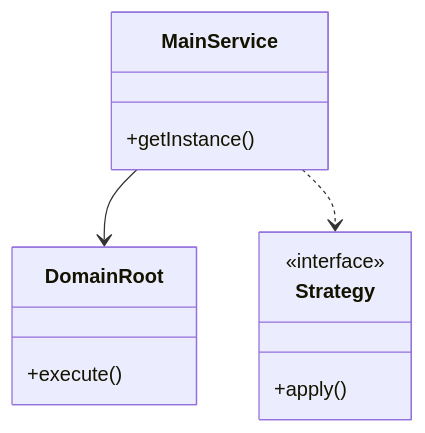
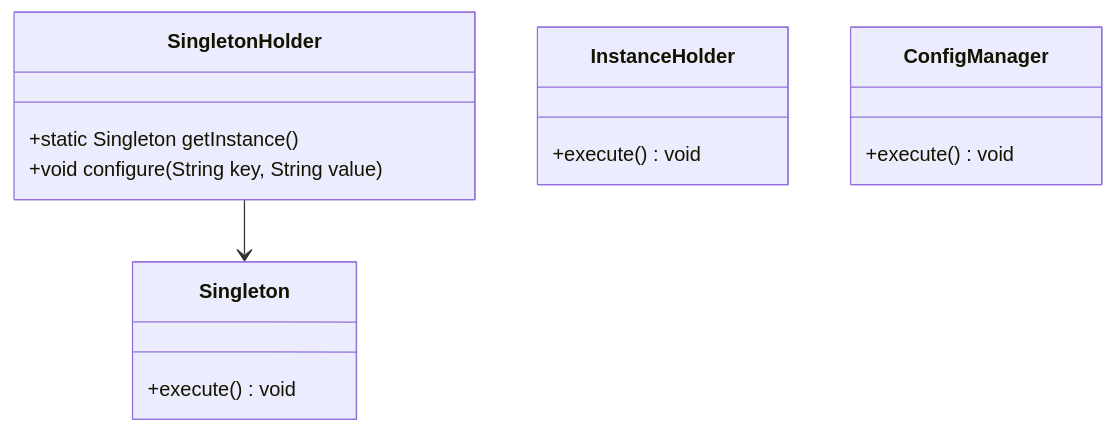
One commit to madhupaila/Interview-Prep-SSE changed the first of 3 diagrams in Learn/System Design - Low Level Design/04-concurrency-lld/questions/Q01-thread-safe-singleton.md. Above: the diagram before and after it, drawn with Mermaid. The commit also changed other lines of this file and 491 other files, not shown here.

````diff
--- a/Learn/System Design - Low Level Design/04-concurrency-lld/questions/Q01-thread-safe-singleton.md
+++ b/Learn/System Design - Low Level Design/04-concurrency-lld/questions/Q01-thread-safe-singleton.md
@@ -71,15 +91,17 @@
 ```mermaid
 classDiagram
-    class MainService {
-        +getInstance()
+    class SingletonHolder {
+        +static Singleton getInstance()
+        +void configure(String key, String value)
     }
-    class DomainRoot {
-        +execute()
+    class Singleton {
+        +execute() void
     }
-    class Strategy {
-        <<interface>>
-        +apply()
+    class InstanceHolder {
+        +execute() void
     }
-    MainService --> DomainRoot
-    MainService ..> Strategy
+    class ConfigManager {
+        +execute() void
+    }
+    SingletonHolder --> Singleton
 ```
````
